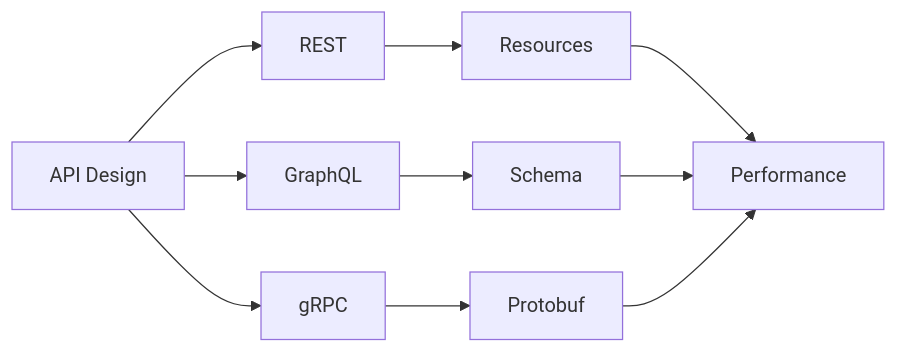
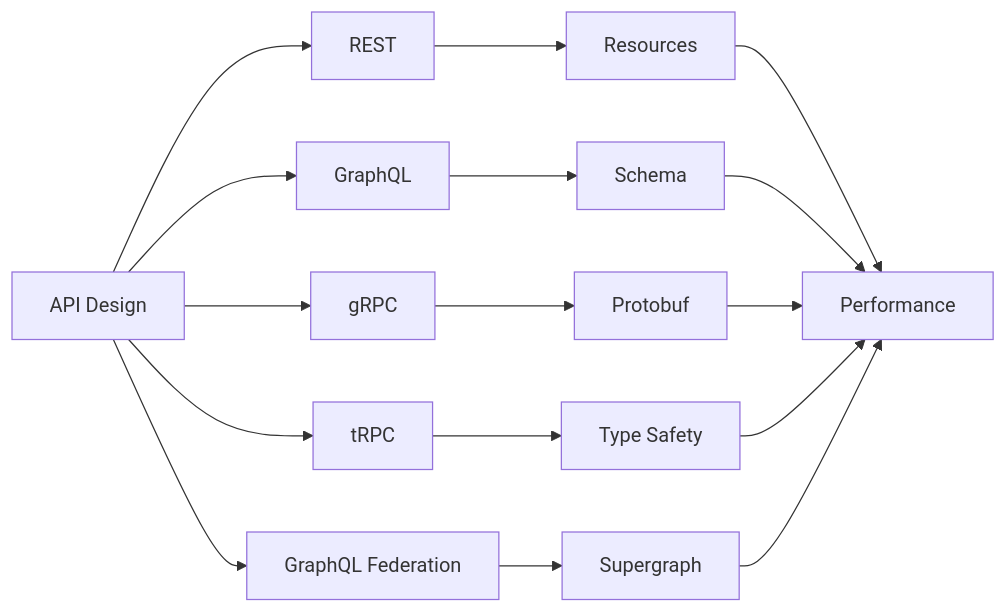
One commit to dbsectrainer/enterprise-grade-checklists changed the second of 6 diagrams in enterprise-backend-checklist/README.md. Above: the diagram before and after it, drawn with Mermaid. The commit also changed other lines of this file and 7 other files, not shown here.

````diff
--- a/enterprise-backend-checklist/README.md
+++ b/enterprise-backend-checklist/README.md
@@ -50,14 +50,20 @@
 ```mermaid
 graph LR
     A[API Design] --> B[REST]
     A --> C[GraphQL]
     A --> D[gRPC]
+    A --> I[tRPC]
+    A --> J[GraphQL Federation]
 
     B --> E[Resources]
     C --> F[Schema]
     D --> G[Protobuf]
+    I --> K[Type Safety]
+    J --> L[Supergraph]
 
     E --> H[Performance]
     F --> H
     G --> H
+    K --> H
+    L --> H
 ```
````
